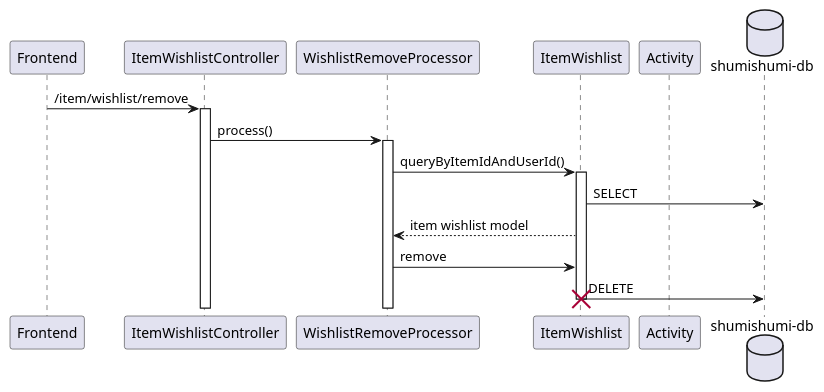
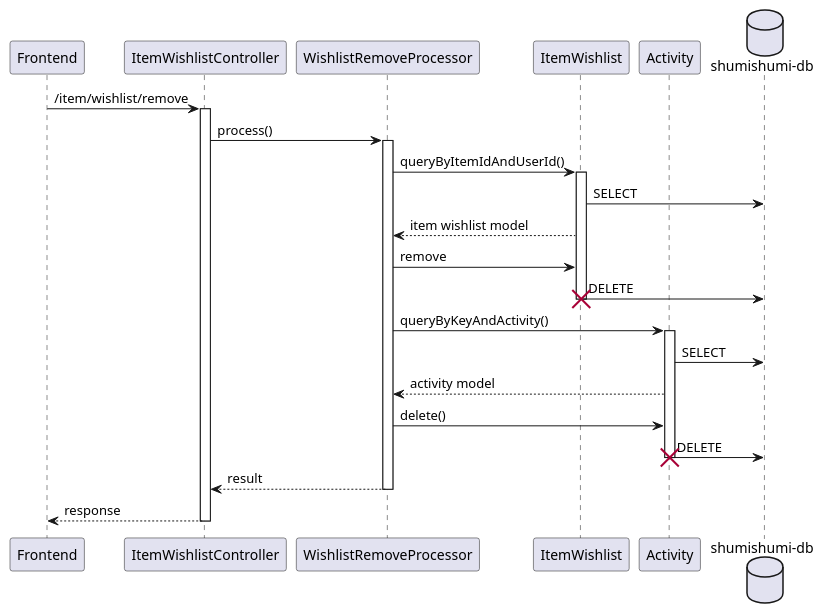
Before and after one commit to aldihsuhandi/skripsi-2023: the diagram in uml diagram/sequence diagram/BE/Item Wishlist Controller/remove.pu, drawn with PlantUML.

Commit message:
finish wishlist controller

```diff
--- a/uml diagram/sequence diagram/BE/Item Wishlist Controller/remove.pu
+++ b/uml diagram/sequence diagram/BE/Item Wishlist Controller/remove.pu
@@ -1,24 +1,37 @@
 @startuml remove
 participant "Frontend" as fe
 participant "ItemWishlistController" as iwc
 
 participant "WishlistRemoveProcessor" as proc
 
 participant "ItemWishlist" as iwm
 
 participant "Activity" as am
 
 database "shumishumi-db" as db
 
 fe -> iwc++ : /item/wishlist/remove
 iwc -> proc++ : process()
 
 proc -> iwm++ : queryByItemIdAndUserId()
 iwm -> db : SELECT
 proc <-- iwm : item wishlist model
 
 proc -> iwm : remove
 iwm -> db : DELETE
+deactivate iwm
 destroy iwm
 
+proc -> am++ : queryByKeyAndActivity()
+am -> db : SELECT
+proc <-- am : activity model
+
+proc -> am : delete()
+am -> db : DELETE
+deactivate am
+destroy am
+
+return result
+return response
+
 @enduml
```
